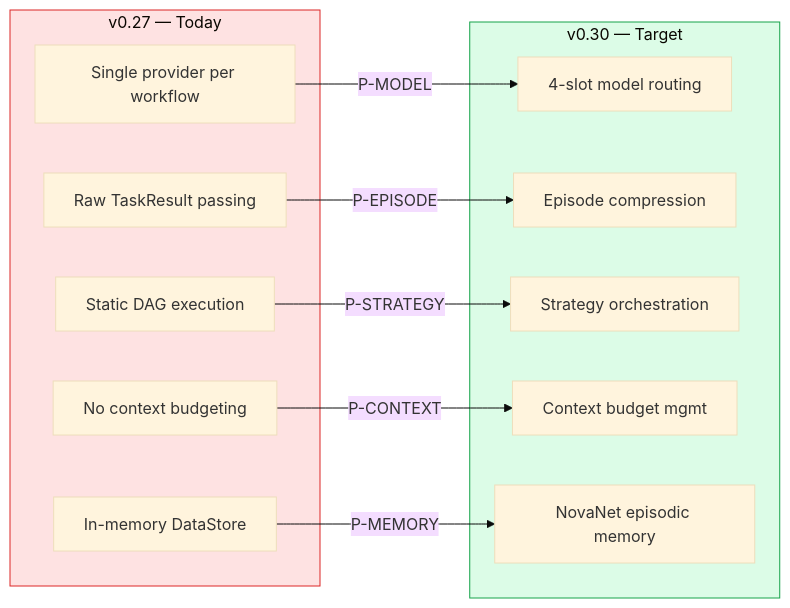
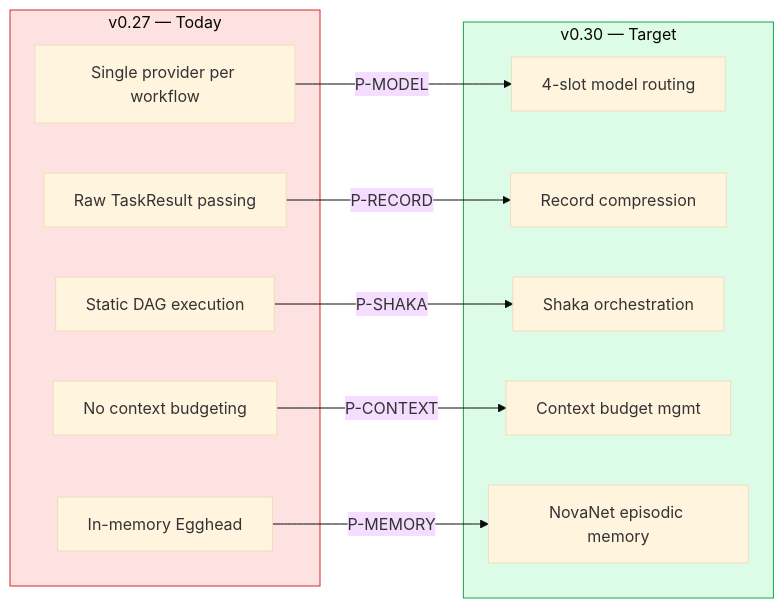
The first of 8 diagrams in docs/brainstorm/nika-evolution/05-evolution-roadmap.md (supernovae-st/nika), drawn with Mermaid (base theme) before and after one commit. The commit also changed other lines of this file and 12 other files, not shown here.

````diff
--- a/docs/brainstorm/nika-evolution/05-evolution-roadmap.md
+++ b/docs/brainstorm/nika-evolution/05-evolution-roadmap.md
@@ -12,27 +12,27 @@
 ```mermaid
 flowchart LR
     subgraph TODAY["v0.27 — Today"]
         T1["Single provider per workflow"]
         T2["Raw TaskResult passing"]
         T3["Static DAG execution"]
         T4["No context budgeting"]
-        T5["In-memory DataStore"]
+        T5["In-memory Egghead"]
     end
 
     subgraph TOMORROW["v0.30 — Target"]
         F1["4-slot model routing"]
-        F2["Episode compression"]
-        F3["Strategy orchestration"]
+        F2["Record compression"]
+        F3["Shaka orchestration"]
         F4["Context budget mgmt"]
         F5["NovaNet episodic memory"]
     end
 
     T1 -->|"P-MODEL"| F1
-    T2 -->|"P-EPISODE"| F2
-    T3 -->|"P-STRATEGY"| F3
+    T2 -->|"P-RECORD"| F2
+    T3 -->|"P-SHAKA"| F3
     T4 -->|"P-CONTEXT"| F4
     T5 -->|"P-MEMORY"| F5
 
     style TODAY fill:#fee2e2,stroke:#dc2626
     style TOMORROW fill:#dcfce7,stroke:#16a34a
 ```
````
